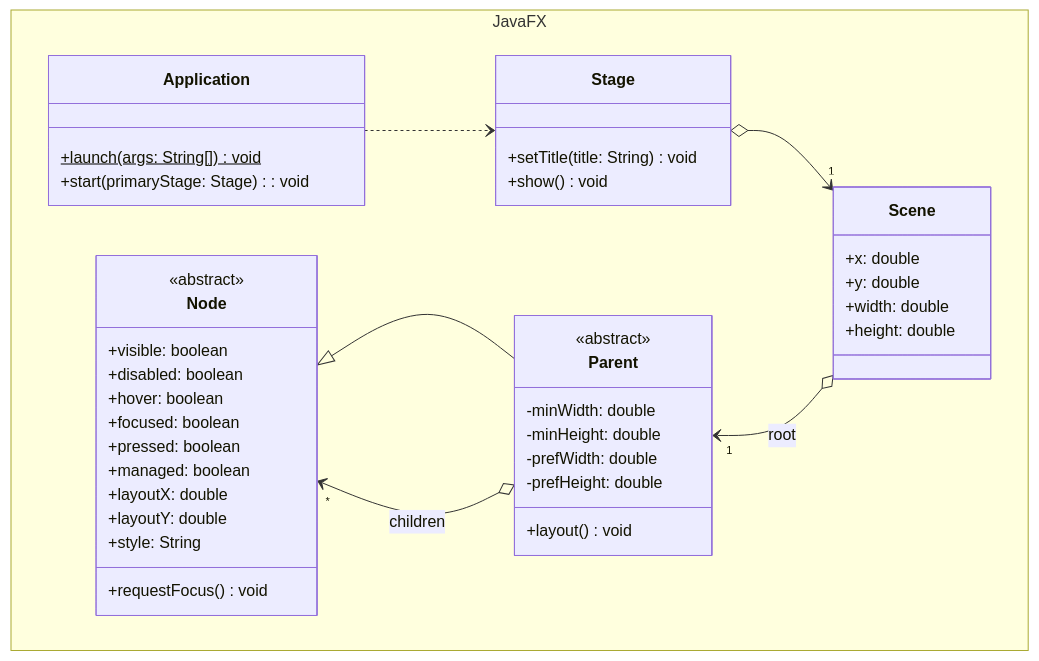
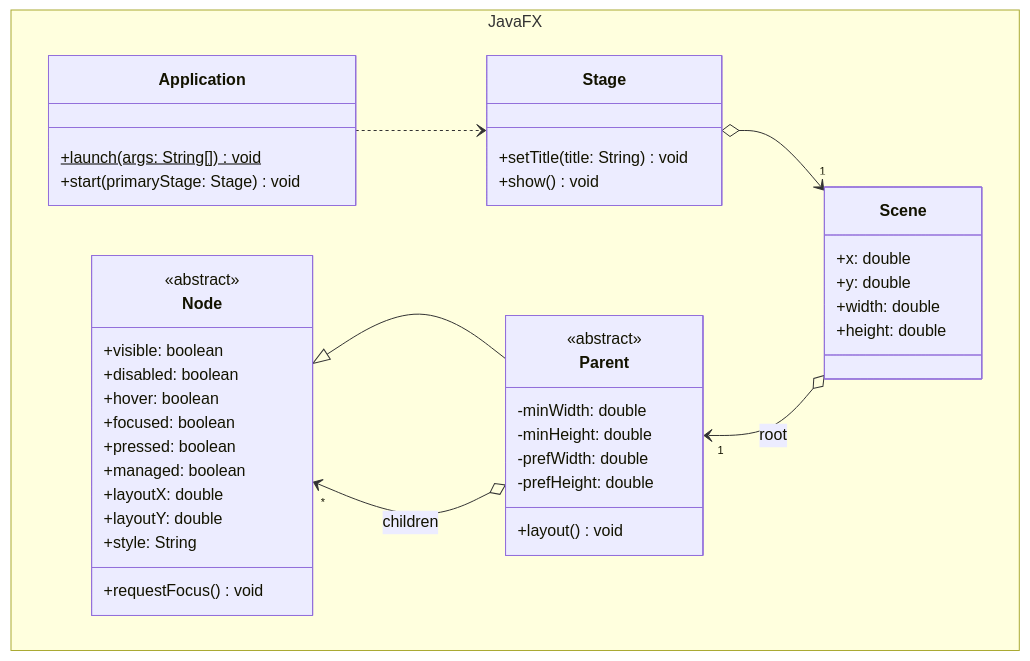
Before and after one commit to ghackenberg/kurs-java-programmierung: the diagram in Grafiken/JavaFX/Stage.mmd, drawn with Mermaid. The commit also changed 3 other files, not shown here.

```diff
--- a/Grafiken/JavaFX/Stage.mmd
+++ b/Grafiken/JavaFX/Stage.mmd
@@ -1,55 +1,55 @@
 classDiagram
 
     namespace JavaFX {
 
         class Application {
             +launch(args: String[]) void$
-            +start(primaryStage: Stage): void
+            +start(primaryStage: Stage) void
         }
 
         class Stage {
             +setTitle(title: String) void
             +show() void
         }
 
         class Scene {
             +x: double
             +y: double
             +width: double
             +height: double
         }
 
         class Node {
             <<abstract>>
             +visible: boolean
             +disabled: boolean
             +hover: boolean
             +focused: boolean
             +pressed: boolean
             +managed: boolean
             +layoutX: double
             +layoutY: double
             +style: String
             +requestFocus() void
         }
 
         class Parent {
             <<abstract>>
             -minWidth: double
             -minHeight: double
             -prefWidth: double
             -prefHeight: double
             +layout() void
         }
 
     }
 
     Application ..> Stage
 
     Stage o-->"1" Scene
 
     Parent "1"<--o Scene: root
 
     Node <|-- Parent
 
     Node "*"<--o Parent: children
```
